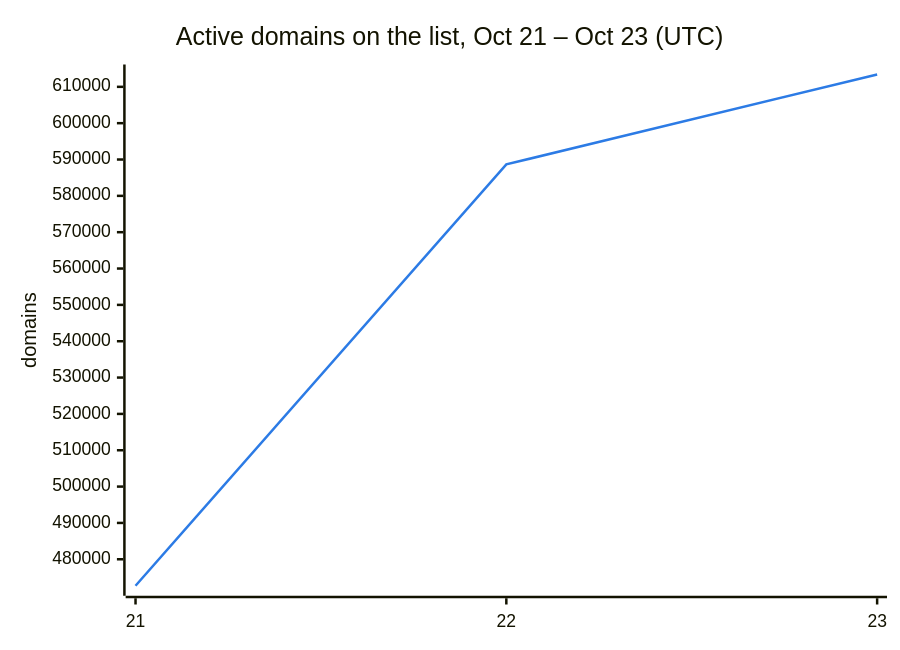
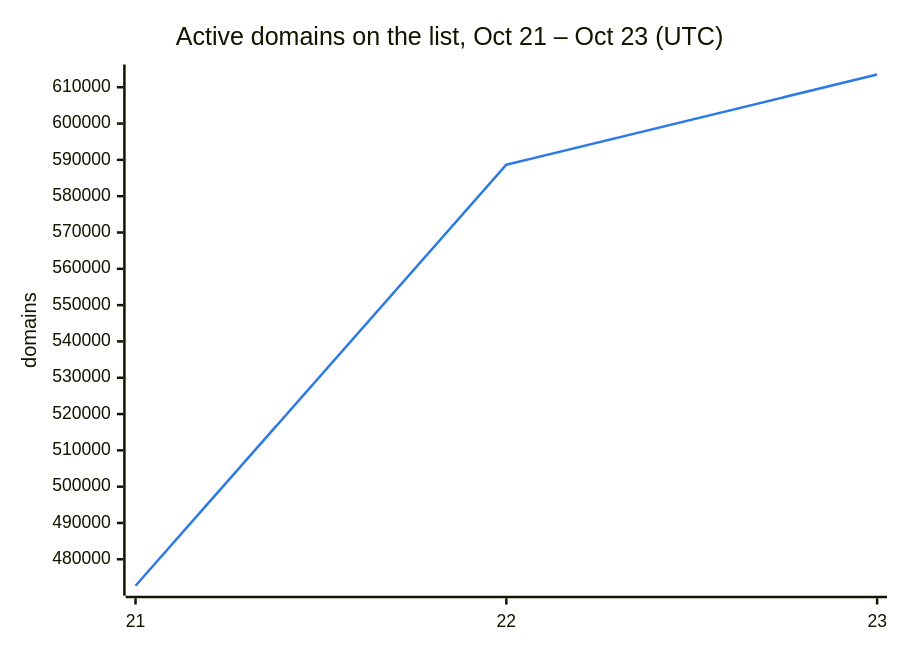
The second of 3 diagrams in README.md (DNSBunker/CTI), drawn with Mermaid before and after one commit. The commit also changed other lines of this file and 3 other files, not shown here.

````diff
--- a/README.md
+++ b/README.md
@@ -38,8 +38,8 @@
 ```mermaid
 %%{init: {"themeVariables": {"xyChart": {"plotColorPalette": "#2c7be5"}}}}%%
 xychart-beta
     title "Active domains on the list, Oct 21 – Oct 23 (UTC)"
     x-axis ["21", "22", "23"]
     y-axis "domains"
-    line [472713, 588659, 613394]
+    line [472713, 588659, 613512]
 ```
````
